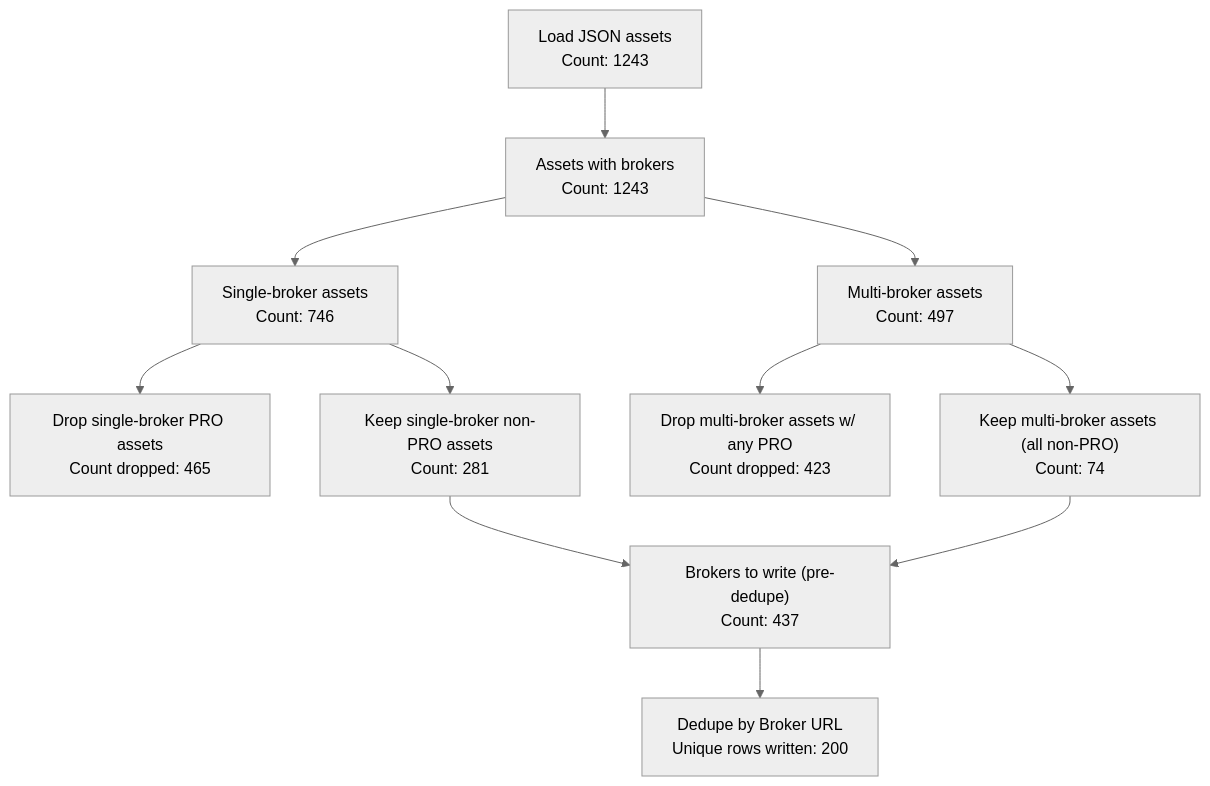
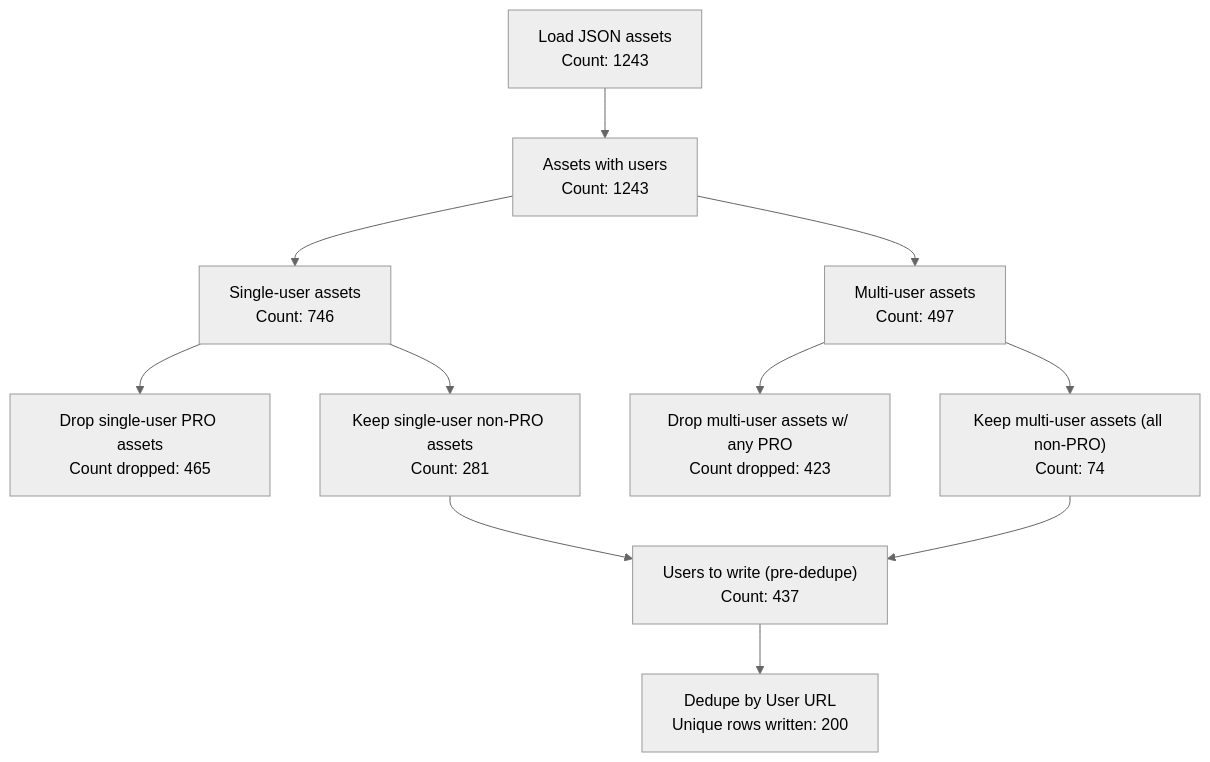
The diagram in src/content/lead-generation/idaho-results-impact.mmd (dantee-nv/dante-site), drawn with Mermaid (neutral theme) before and after one commit.

Commit message:
Update Idaho lead-generation flowchart terminology to user-centric wording

````diff
--- a/src/content/lead-generation/idaho-results-impact.mmd
+++ b/src/content/lead-generation/idaho-results-impact.mmd
@@ -1,17 +1,17 @@
 ```mermaid
 flowchart TD
-  A["Load JSON assets<br/>Count: 1243"] --> B["Assets with brokers<br/>Count: 1243"]
-  B --> C["Single-broker assets<br/>Count: 746"]
-  B --> D["Multi-broker assets<br/>Count: 497"]
+  A["Load JSON assets<br/>Count: 1243"] --> B["Assets with users<br/>Count: 1243"]
+  B --> C["Single-user assets<br/>Count: 746"]
+  B --> D["Multi-user assets<br/>Count: 497"]
 
-  C --> C1["Drop single-broker PRO assets<br/>Count dropped: 465"]
-  C --> C2["Keep single-broker non-PRO assets<br/>Count: 281"]
+  C --> C1["Drop single-user PRO assets<br/>Count dropped: 465"]
+  C --> C2["Keep single-user non-PRO assets<br/>Count: 281"]
 
-  D --> D1["Drop multi-broker assets w/ any PRO<br/>Count dropped: 423"]
-  D --> D2["Keep multi-broker assets (all non-PRO)<br/>Count: 74"]
+  D --> D1["Drop multi-user assets w/ any PRO<br/>Count dropped: 423"]
+  D --> D2["Keep multi-user assets (all non-PRO)<br/>Count: 74"]
 
-  C2 --> E["Brokers to write (pre-dedupe)<br/>Count: 437"]
+  C2 --> E["Users to write (pre-dedupe)<br/>Count: 437"]
   D2 --> E
 
-  E --> F["Dedupe by Broker URL<br/>Unique rows written: 200"]
+  E --> F["Dedupe by User URL<br/>Unique rows written: 200"]
 ```
````
